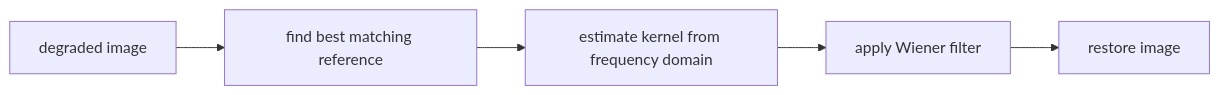
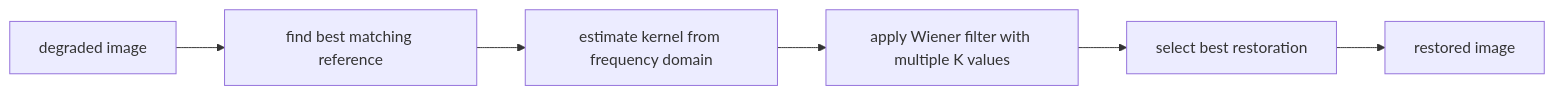
Before and after one commit to MxBurger/BVA2: the second of 2 diagrams in Ex_3_3/Readme.md, drawn with Mermaid. The commit also changed other lines of this file and 2 other files, not shown here.

````diff
--- a/Ex_3_3/Readme.md
+++ b/Ex_3_3/Readme.md
@@ -297,7 +294,8 @@
 ```mermaid
 graph LR
 A[degraded image] --> B[find best matching reference]
 B --> C[estimate kernel from frequency domain]
-C --> D[apply Wiener filter]
-D --> E[restore image]
+C --> D[apply Wiener filter with multiple K values]
+D --> E[select best restoration]
+E --> F[restored image]
 ```
````
